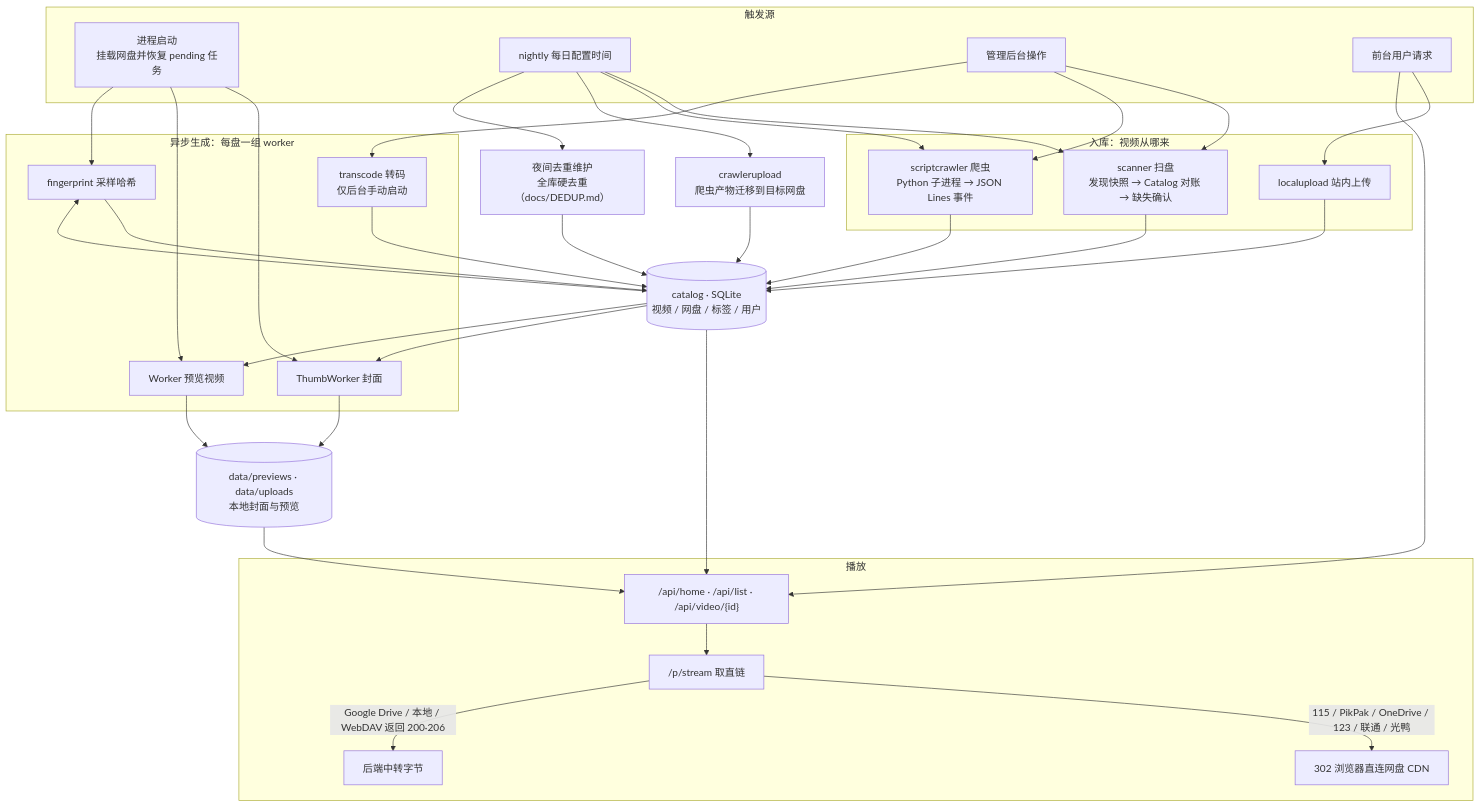
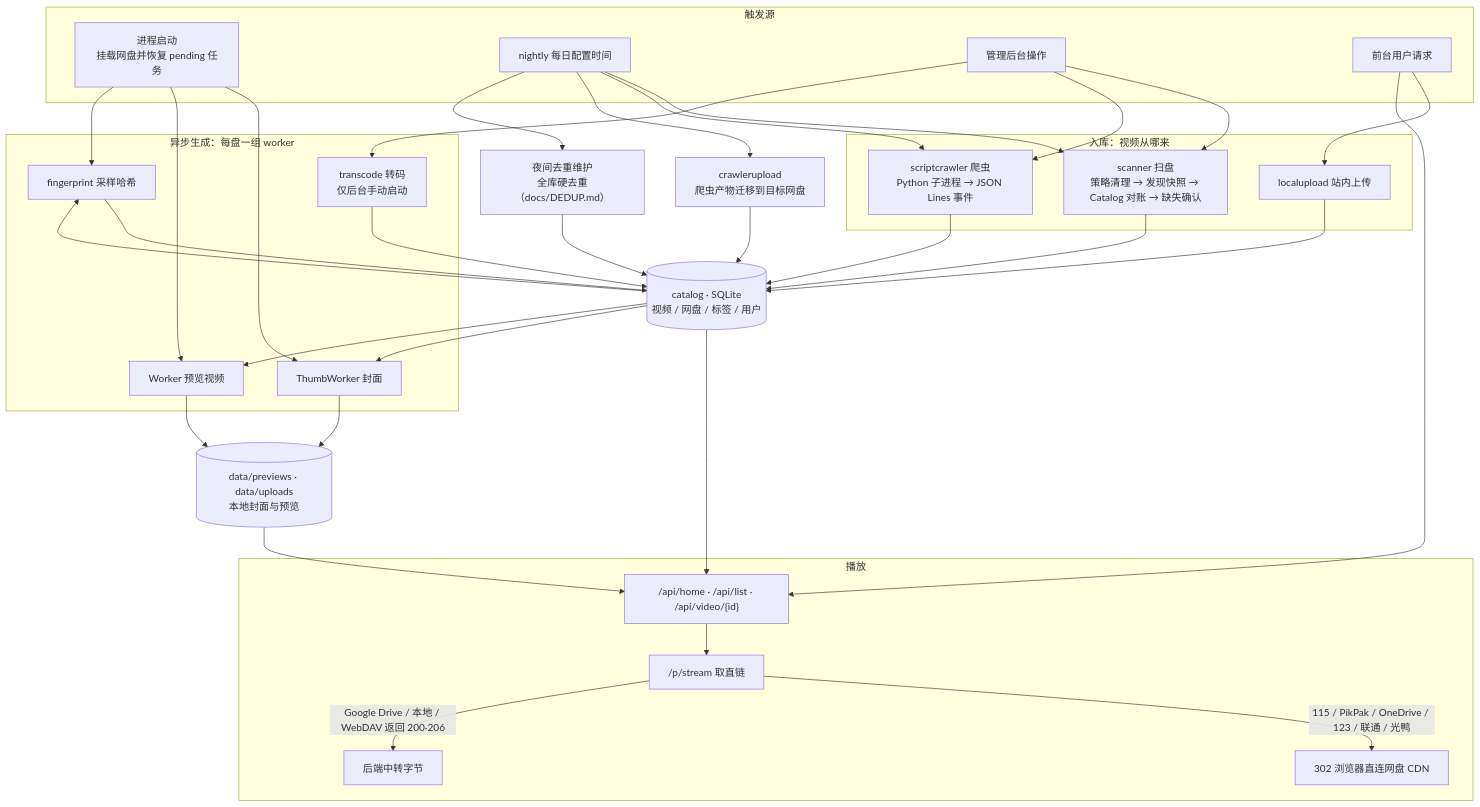
One commit to BAIBAIGE/91 changed the first of 3 diagrams in backend/README.md. Above: the diagram before and after it, drawn with Mermaid. The commit also changed other lines of this file and 24 other files, not shown here.

First line of the commit message:
feat(scanner): make scan cleanup subtree-aware

````diff
--- a/backend/README.md
+++ b/backend/README.md
@@ -154,69 +154,69 @@
 ```mermaid
 flowchart TB
     subgraph TRIG["触发源"]
         BOOT["进程启动<br/>挂载网盘并恢复 pending 任务"]
         CRON["nightly 每日配置时间"]
         ADMIN["管理后台操作"]
         USER["前台用户请求"]
     end
 
     subgraph INGEST["入库：视频从哪来"]
-        SCAN["scanner 扫盘<br/>发现快照 → Catalog 对账 → 缺失确认"]
+        SCAN["scanner 扫盘<br/>策略清理 → 发现快照 → Catalog 对账 → 缺失确认"]
         CRAWL["scriptcrawler 爬虫<br/>Python 子进程 → JSON Lines 事件"]
         UPLOAD["localupload 站内上传"]
     end
 
     CAT[("catalog · SQLite<br/>视频 / 网盘 / 标签 / 用户")]
 
     subgraph GEN["异步生成：每盘一组 worker"]
         THUMB["ThumbWorker 封面"]
         PREV["Worker 预览视频"]
         FP["fingerprint 采样哈希"]
         TRANS["transcode 转码<br/>仅后台手动启动"]
     end
 
     DISK[("data/previews · data/uploads<br/>本地封面与预览")]
 
     subgraph PLAY["播放"]
         LIST["/api/home · /api/list · /api/video/{id}"]
         PROXY["/p/stream 取直链"]
         R302["302 浏览器直连网盘 CDN"]
         RELAY["后端中转字节"]
     end
 
     MIG["crawlerupload<br/>爬虫产物迁移到目标网盘"]
     DEDUP["夜间去重维护<br/>全库硬去重（docs/DEDUP.md）"]
 
     BOOT --> THUMB
     BOOT --> PREV
     BOOT --> FP
     CRON --> SCAN
     CRON --> CRAWL
     CRON --> MIG
     CRON --> DEDUP
     ADMIN --> SCAN
     ADMIN --> CRAWL
     ADMIN --> TRANS
     USER --> UPLOAD
     USER --> LIST
 
     SCAN --> CAT
     CRAWL --> CAT
     UPLOAD --> CAT
     MIG --> CAT
     DEDUP --> CAT
 
     CAT --> THUMB
     CAT --> PREV
     CAT --> FP
     THUMB --> DISK
     PREV --> DISK
     FP --> CAT
     TRANS --> CAT
 
     CAT --> LIST
     LIST --> PROXY
     PROXY -->|"115 / PikPak / OneDrive / 123 / 联通 / 光鸭"| R302
     PROXY -->|"Google Drive / 本地 / WebDAV 返回 200·206"| RELAY
     DISK --> LIST
 ```
````
